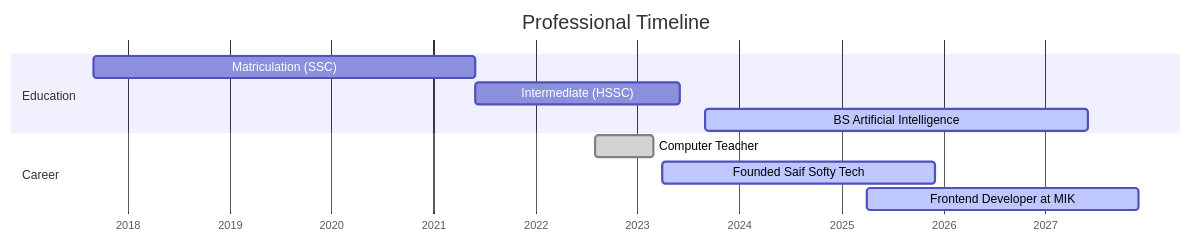
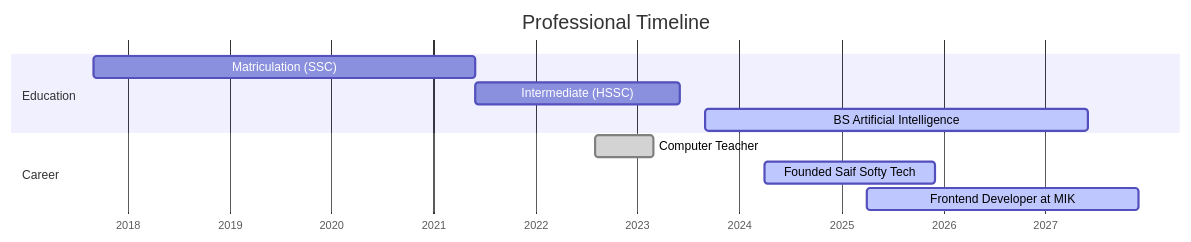
Before and after one commit to ihsansaif313/ihsansaif313: the diagram in README.md, drawn with Mermaid.

````diff
--- a/README.md
+++ b/README.md
@@ -54,16 +54,16 @@
 ```mermaid
 gantt
     title Professional Timeline
     dateFormat  YYYY-MM
     axisFormat %Y
     
     section Education
     Matriculation (SSC) :a1, 2017-09, 2021-06
     Intermediate (HSSC) :a2, after a1, 2023-06
     BS Artificial Intelligence :active, a3, 2023-09, 2027-06
     
     section Career
     Computer Teacher :done, 2022-08, 2023-03
-    Founded Saif Softy Tech :active, 2023-04, 2025-12
+    Founded Saif Softy Tech :active, 2024-04, 2025-12
     Frontend Developer at MIK :active, 2025-04, 2027-12
 ```
````
